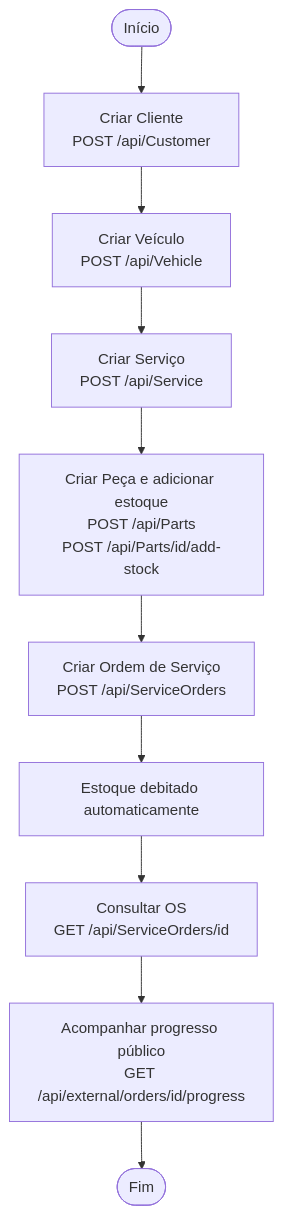
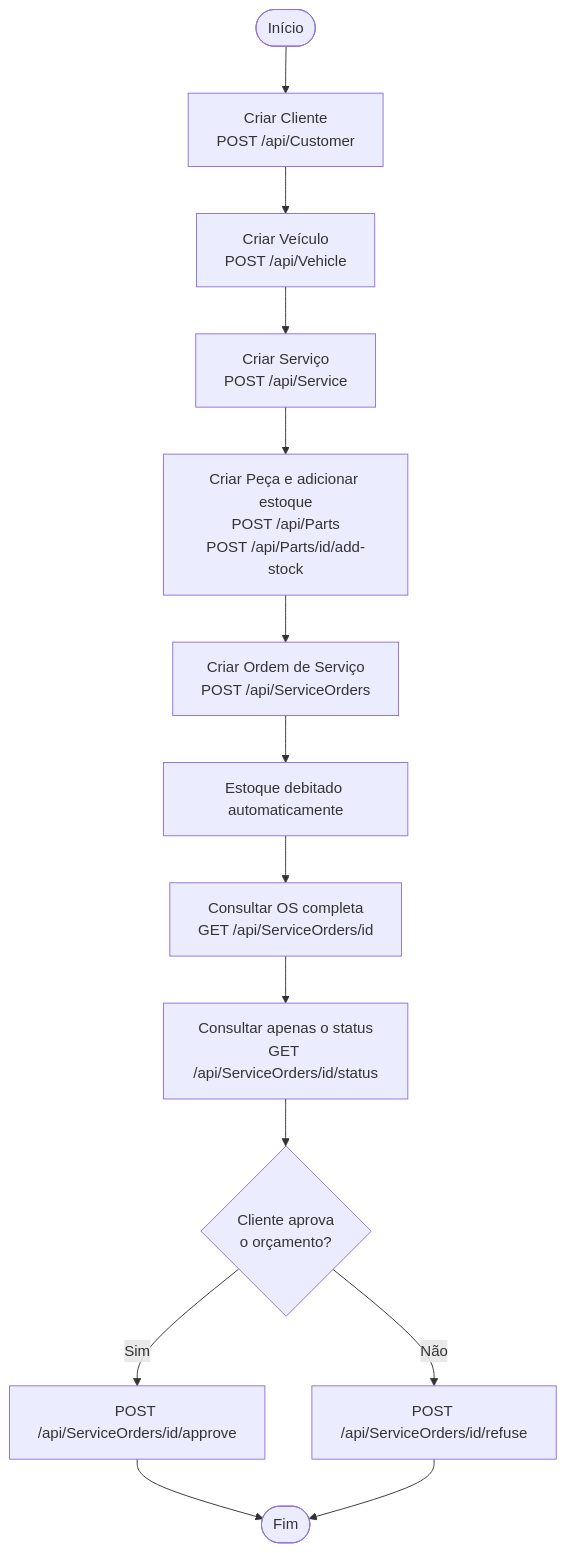
The fifth of 5 diagrams in README.md (jaimorais2007/oficina-mecanica-api), drawn with Mermaid before and after one commit. The commit also changed other lines of this file, not shown here.

````diff
--- a/README.md
+++ b/README.md
@@ -128,12 +184,16 @@
 ```mermaid
 flowchart TD
     A([Início]) --> B[Criar Cliente\nPOST /api/Customer]
     B --> C[Criar Veículo\nPOST /api/Vehicle]
     C --> D[Criar Serviço\nPOST /api/Service]
     D --> E[Criar Peça e adicionar estoque\nPOST /api/Parts\nPOST /api/Parts/id/add-stock]
     E --> F[Criar Ordem de Serviço\nPOST /api/ServiceOrders]
     F --> G[Estoque debitado automaticamente]
-    G --> H[Consultar OS\nGET /api/ServiceOrders/id]
-    H --> I[Acompanhar progresso público\nGET /api/external/orders/id/progress]
-    I --> Z([Fim])
+    G --> H[Consultar OS completa\nGET /api/ServiceOrders/id]
+    H --> I[Consultar apenas o status\nGET /api/ServiceOrders/id/status]
+    I --> J{Cliente aprova\no orçamento?}
+    J -->|Sim| K[POST /api/ServiceOrders/id/approve]
+    J -->|Não| L[POST /api/ServiceOrders/id/refuse]
+    K --> Z([Fim])
+    L --> Z
 ```
````
